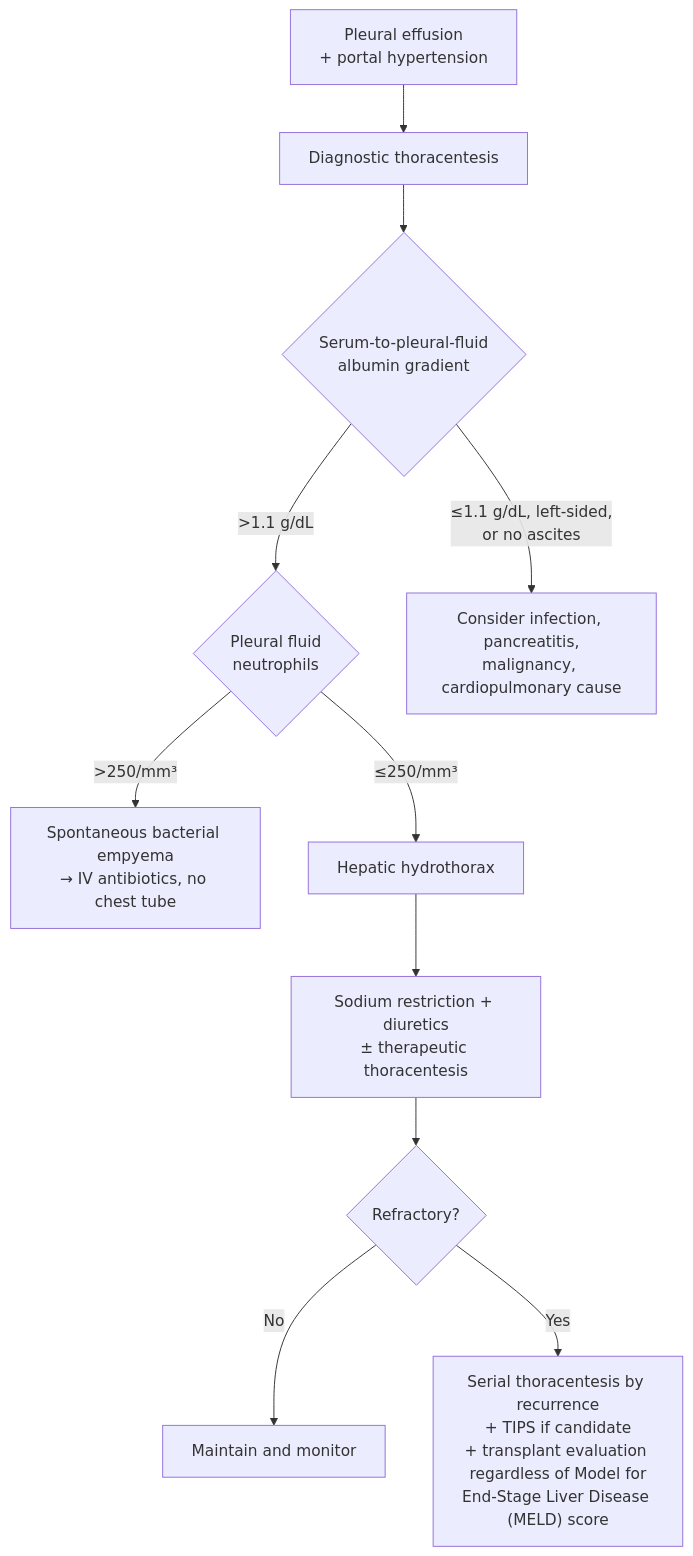
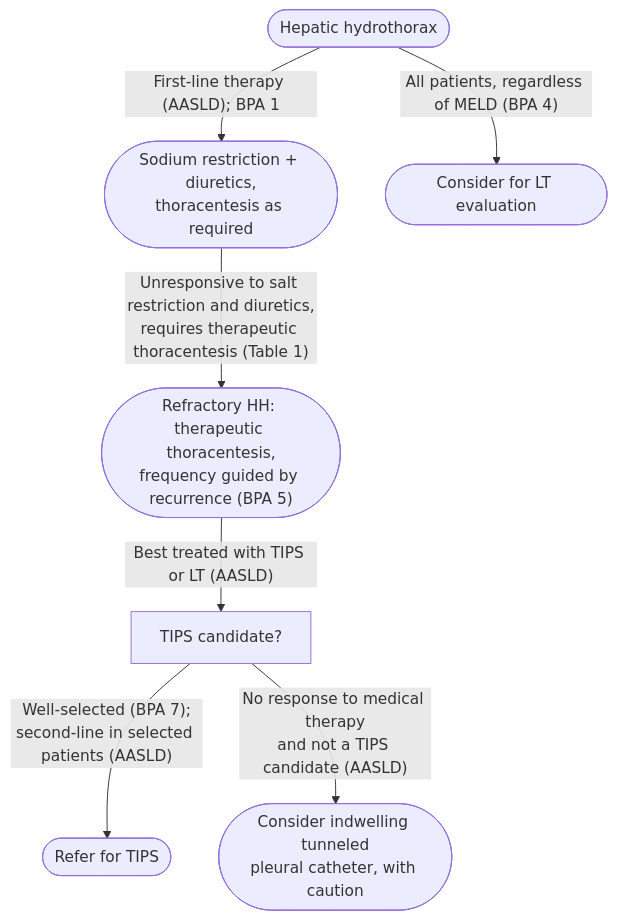
One commit to KHNickLeMD/KHNL-GI-Wiki changed the diagram in KHNL-GI-Wiki/wiki/1-disease-scripts/hepatology-diseases/hepatic-hydrothorax.md. Above: the diagram before and after it, drawn with Mermaid. The commit also changed other lines of this file and 27 other files, not shown here.

First line of the commit message:
quality review: brain-gut-behavioral-therapy, interventional-eus-vascular, hepatic-hydrothorax, hepatitis-c reviewed + verified; 19 source pages verified

````diff
--- a/KHNL-GI-Wiki/wiki/1-disease-scripts/hepatology-diseases/hepatic-hydrothorax.md
+++ b/KHNL-GI-Wiki/wiki/1-disease-scripts/hepatology-diseases/hepatic-hydrothorax.md
@@ -40,13 +101,13 @@
 ```mermaid
 flowchart TD
-    A["Pleural effusion<br/>+ portal hypertension"] --> B["Diagnostic thoracentesis"]
-    B --> C{"Serum-to-pleural-fluid<br/>albumin gradient"}
-    C -->|"&gt;1.1 g/dL"| D{"Pleural fluid<br/>neutrophils"}
-    C -->|"≤1.1 g/dL, left-sided,<br/>or no ascites"| E["Consider infection, pancreatitis,<br/>malignancy, cardiopulmonary cause"]
-    D -->|"&gt;250/mm³"| F["Spontaneous bacterial empyema<br/>→ IV antibiotics, no chest tube"]
-    D -->|"≤250/mm³"| G["Hepatic hydrothorax"]
-    G --> H["Sodium restriction + diuretics<br/>± therapeutic thoracentesis"]
-    H --> I{"Refractory?"}
-    I -->|No| J["Maintain and monitor"]
-    I -->|Yes| K["Serial thoracentesis by recurrence<br/>+ TIPS if candidate<br/>+ transplant evaluation regardless of Model for<br/>End-Stage Liver Disease (MELD) score"]
+    A(["Hepatic hydrothorax"]) -- "First-line therapy (AASLD); BPA 1" --> B(["Sodium restriction + diuretics,<br/>thoracentesis as required"])
+    A -- "All patients, regardless of MELD (BPA 4)" --> L(["Consider for LT evaluation"])
+    B -- "Unresponsive to salt restriction and diuretics,<br/>requires therapeutic thoracentesis (Table 1)" --> C(["Refractory HH: therapeutic thoracentesis,<br/>frequency guided by recurrence (BPA 5)"])
+    C -- "Best treated with TIPS or LT (AASLD)" --> D["TIPS candidate?"]
+    D -- "Well-selected (BPA 7);<br/>second-line in selected patients (AASLD)" --> E(["Refer for TIPS"])
+    D -- "No response to medical therapy<br/>and not a TIPS candidate (AASLD)" --> F(["Consider indwelling tunneled<br/>pleural catheter, with caution"])
+    class A start
+    class D test
+    class B,C,E,L act
+    class F stop
 ```
````
